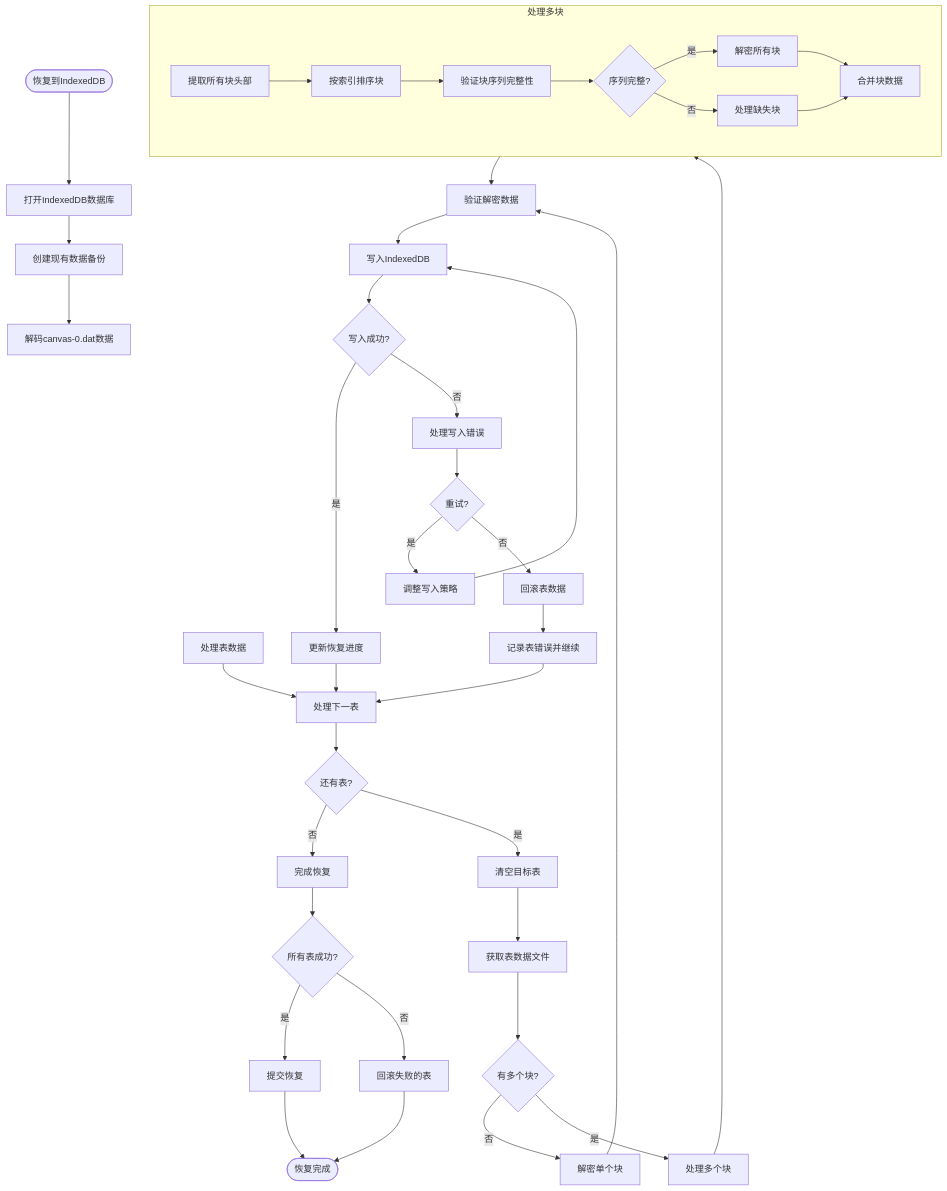
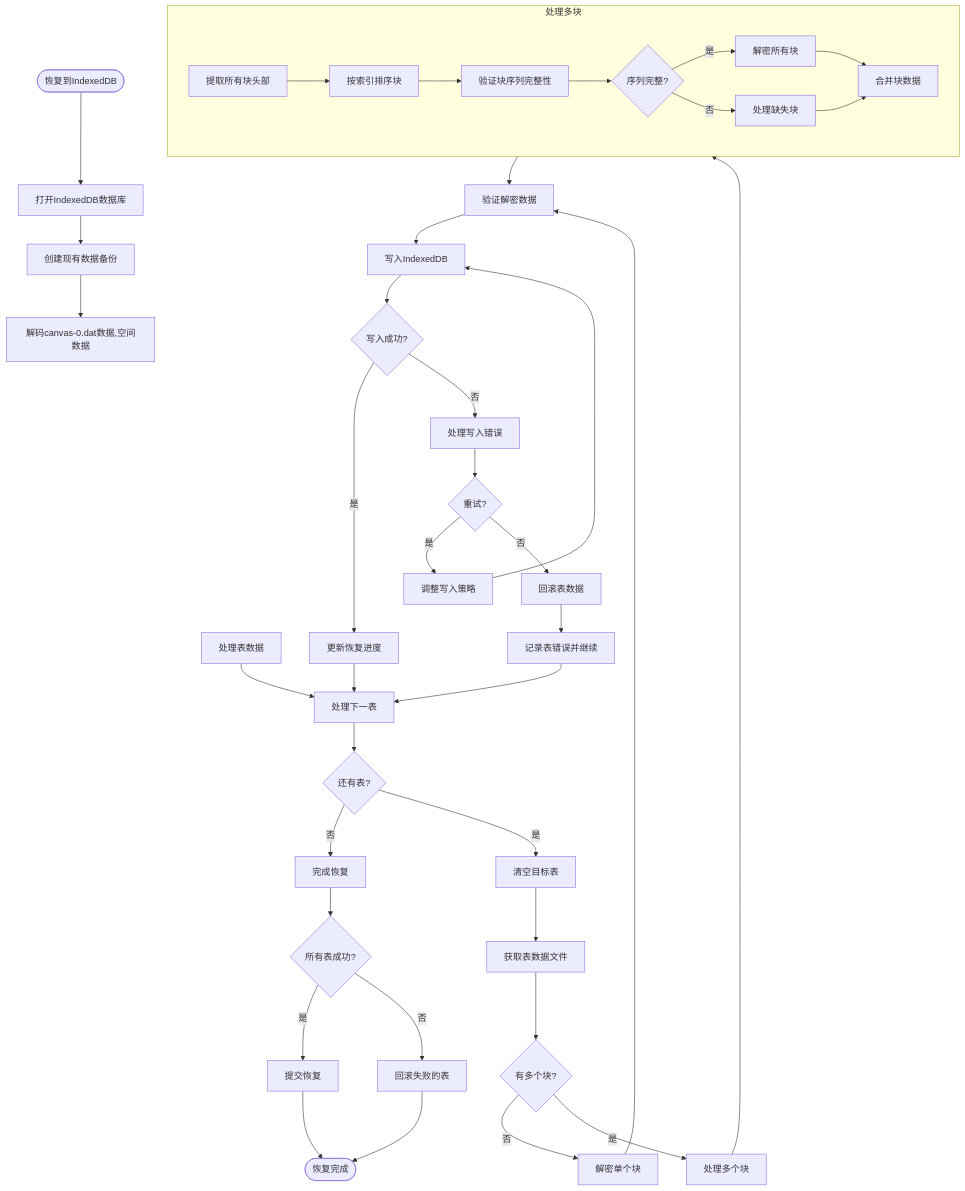
Before and after one commit to yingjianzh/iodraw-files: the diagram in all/未命名-52.md, drawn with Mermaid.

Commit message:
2025-05-09 18:29:03 update

````diff
--- a/all/未命名-52.md
+++ b/all/未命名-52.md
@@ -1,56 +1,56 @@
 ```mermaid
 flowchart TD
     Start([恢复到IndexedDB]) --> OpenDB[打开IndexedDB数据库]
     OpenDB --> CreateBackup[创建现有数据备份]
-    CreateBackup --> ProcessCanvas[解码canvas-0.dat数据]
+    CreateBackup --> ProcessCanvas[解码canvas-0.dat数据,空间数据]
     ProcessTables[处理表数据]
     
     ProcessTables --> ProcessNextTable[处理下一表]
     ProcessNextTable --> MoreTables{还有表?}
     MoreTables -->|否| FinalizeRestore[完成恢复]
     MoreTables -->|是| ClearTable[清空目标表]
     
     ClearTable --> GetTableData[获取表数据文件]
     GetTableData --> TableHasMultipleBlocks{有多个块?}
     
     TableHasMultipleBlocks -->|否| DecryptSingleBlock[解密单个块]
     TableHasMultipleBlocks -->|是| ProcessMultipleBlocks[处理多个块]
     
     subgraph MultiBlockProcess [处理多块]
         MB1[提取所有块头部] --> MB2[按索引排序块]
         MB2 --> MB3[验证块序列完整性]
         MB3 --> MB4{序列完整?}
         MB4 -->|否| MB5[处理缺失块]
         MB4 -->|是| MB6[解密所有块]
         MB6 --> MB7[合并块数据]
         MB5 --> MB7
     end
     
     ProcessMultipleBlocks --> MultiBlockProcess
     
     DecryptSingleBlock --> ValidateData[验证解密数据]
     MultiBlockProcess --> ValidateData
     
     ValidateData --> WriteToIndexedDB[写入IndexedDB]
     WriteToIndexedDB --> ValidationSuccess{写入成功?}
     
     ValidationSuccess -->|是| UpdateProgress[更新恢复进度]
     ValidationSuccess -->|否| HandleWriteError[处理写入错误]
     
     HandleWriteError --> RetryWrite{重试?}
     RetryWrite -->|是| AdjustWriteStrategy[调整写入策略]
     RetryWrite -->|否| RollbackTable[回滚表数据]
     
     AdjustWriteStrategy --> WriteToIndexedDB
     RollbackTable --> LogTableError[记录表错误并继续]
     
     UpdateProgress --> ProcessNextTable
     LogTableError --> ProcessNextTable
     
     FinalizeRestore --> AllTablesSuccess{所有表成功?}
     AllTablesSuccess -->|是| CommitRestore[提交恢复]
     AllTablesSuccess -->|否| RollbackFailed[回滚失败的表]
     
     CommitRestore --> End([恢复完成])
     RollbackFailed --> End
 ```
````
